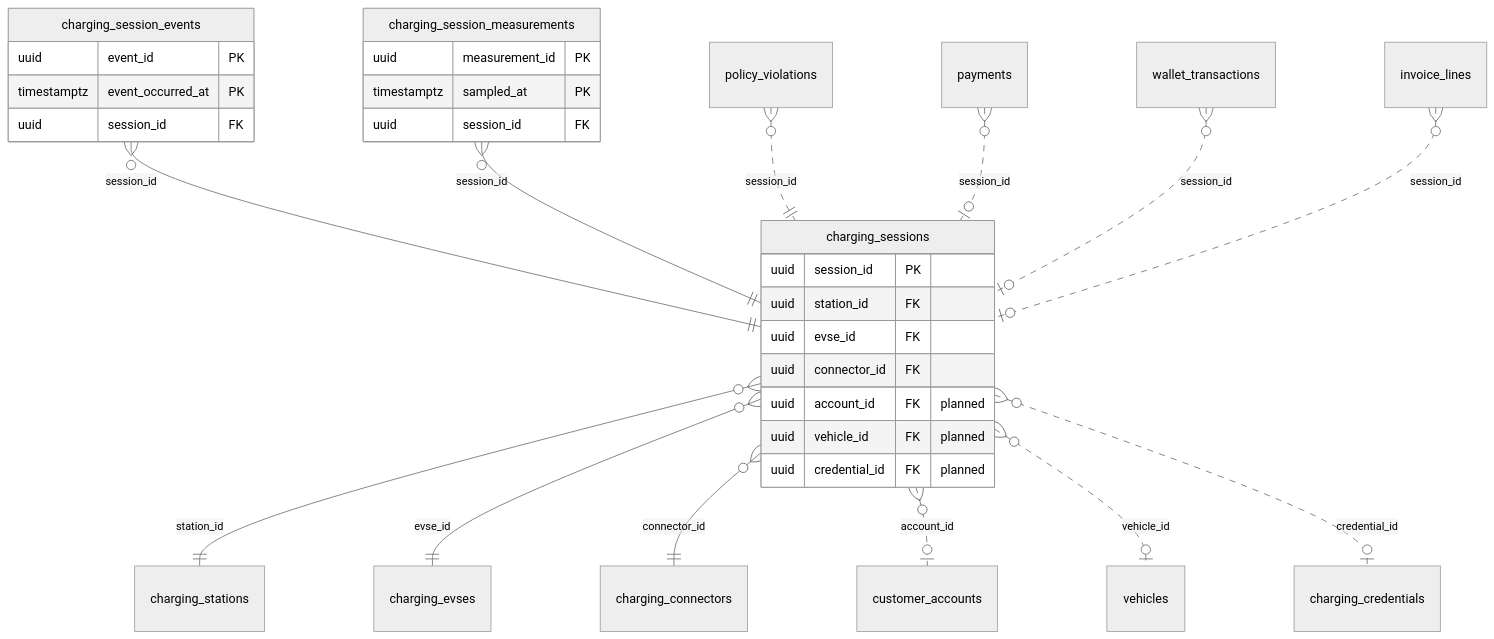
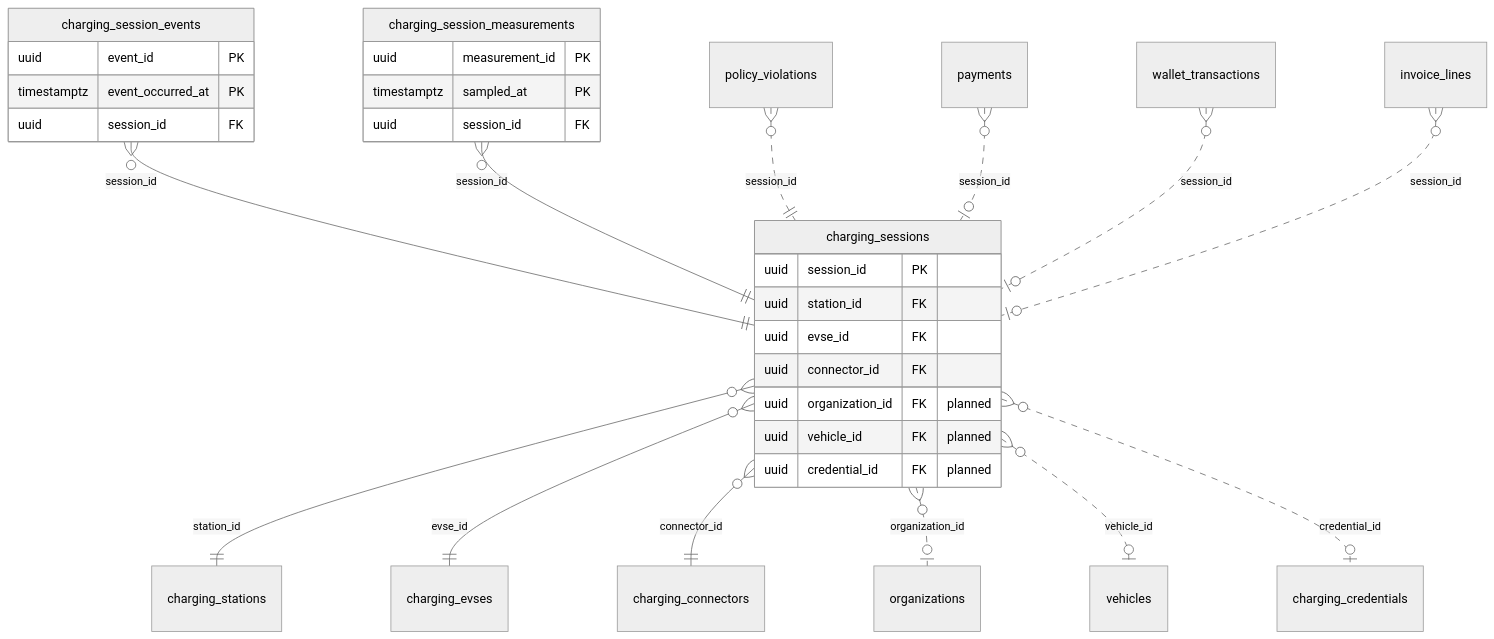
Before and after one commit to yolo-coccoc/G3Network-app: the diagram in docs/01-requirements/domain-model/domains/charging_sessions.md, drawn with Mermaid (neutral theme). The commit also changed other lines of this file and 20 other files, not shown here.

````diff
--- a/docs/01-requirements/domain-model/domains/charging_sessions.md
+++ b/docs/01-requirements/domain-model/domains/charging_sessions.md
@@ -17,34 +17,34 @@
 ```mermaid
 erDiagram
   charging_sessions {
     uuid session_id PK
     uuid station_id FK
     uuid evse_id FK
     uuid connector_id FK
-    uuid account_id FK "planned"
+    uuid organization_id FK "planned"
     uuid vehicle_id FK "planned"
     uuid credential_id FK "planned"
   }
   charging_session_events {
     uuid event_id PK
     timestamptz event_occurred_at PK
     uuid session_id FK
   }
   charging_session_measurements {
     uuid measurement_id PK
     timestamptz sampled_at PK
     uuid session_id FK
   }
   charging_sessions }o--|| charging_stations : "station_id"
   charging_sessions }o--|| charging_evses : "evse_id"
   charging_sessions }o--|| charging_connectors : "connector_id"
-  charging_sessions }o..o| customer_accounts : "account_id"
+  charging_sessions }o..o| organizations : "organization_id"
   charging_sessions }o..o| vehicles : "vehicle_id"
   charging_sessions }o..o| charging_credentials : "credential_id"
   charging_session_events }o--|| charging_sessions : "session_id"
   charging_session_measurements }o--|| charging_sessions : "session_id"
   policy_violations }o..|| charging_sessions : "session_id"
   payments }o..o| charging_sessions : "session_id"
   wallet_transactions }o..o| charging_sessions : "session_id"
   invoice_lines }o..o| charging_sessions : "session_id"
 ```
````
